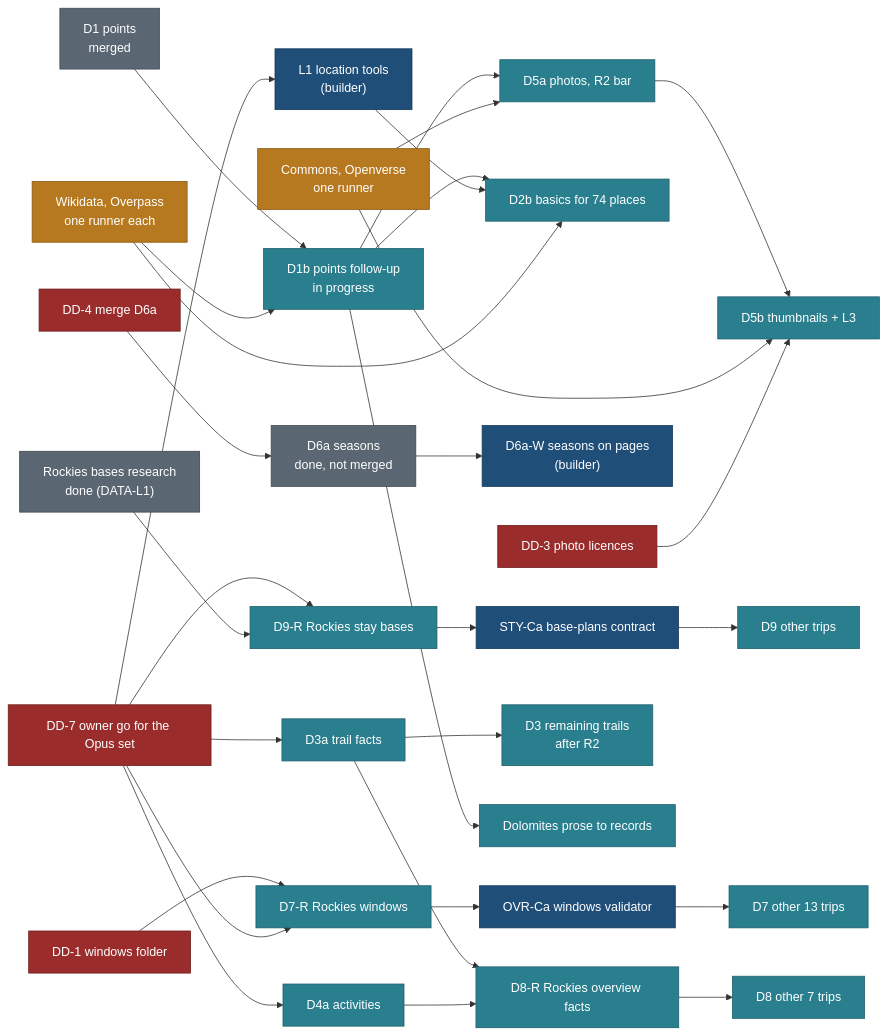
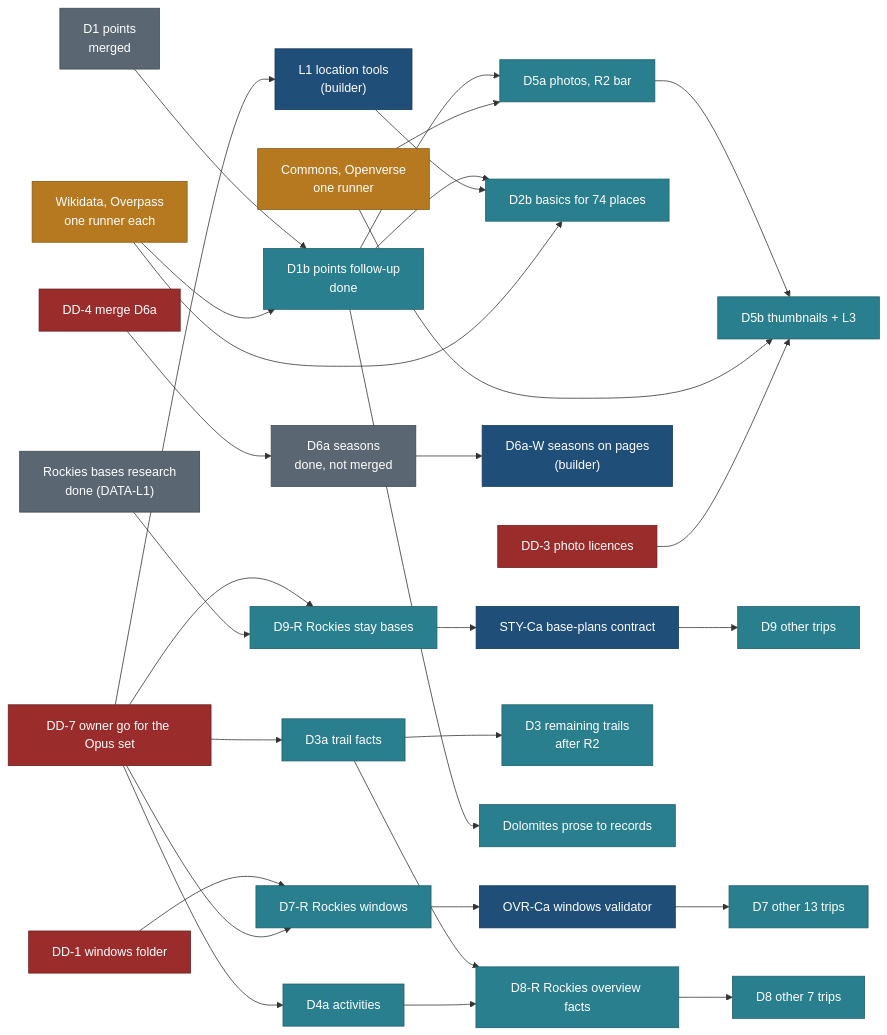
One commit to nitin27may/travel changed the diagram in docs/v2/build/public-site/DATA-ROADMAP.md. Above: the diagram before and after it, drawn with Mermaid. The commit also changed other lines of this file and 2 other files, not shown here.

Commit message:
docs(DATA-D1b): integration note, backlog 3.47e and 15.111 and the roadmap row
Records the two pins that followed the data, the Fanes re-cut and the gate result.

````diff
--- a/docs/v2/build/public-site/DATA-ROADMAP.md
+++ b/docs/v2/build/public-site/DATA-ROADMAP.md
@@ -88,61 +88,61 @@
 ```mermaid
 flowchart LR
   classDef done fill:#5A6772,stroke:#3E4850,color:#FFFFFF
   classDef batch fill:#2A7F8F,stroke:#1E5F6B,color:#FFFFFF
   classDef code fill:#1F4E79,stroke:#163A5A,color:#FFFFFF
   classDef ext fill:#B7791F,stroke:#8A5A12,color:#FFFFFF
   classDef block fill:#9B2C2C,stroke:#6E1F1F,color:#FFFFFF
 
   D1["D1 points<br/>merged"]:::done
   BANFF["Rockies bases research<br/>done (DATA-L1)"]:::done
   D6A["D6a seasons<br/>done, not merged"]:::done
-  D1B["D1b points follow-up<br/>in progress"]:::batch
+  D1B["D1b points follow-up<br/>done"]:::batch
   D3A["D3a trail facts"]:::batch
   D4A["D4a activities"]:::batch
   D7R["D7-R Rockies windows"]:::batch
   D8R["D8-R Rockies overview facts"]:::batch
   D9R["D9-R Rockies stay bases"]:::batch
   L1["L1 location tools<br/>(builder)"]:::code
   D2B["D2b basics for 74 places"]:::batch
   D5A["D5a photos, R2 bar"]:::batch
   D5B["D5b thumbnails + L3"]:::batch
   D6AW["D6a-W seasons on pages<br/>(builder)"]:::code
   OVRC["OVR-Ca windows validator"]:::code
   STYC["STY-Ca base-plans contract"]:::code
   D7["D7 other 13 trips"]:::batch
   D8["D8 other 7 trips"]:::batch
   D9["D9 other trips"]:::batch
   D3["D3 remaining trails<br/>after R2"]:::batch
   DP["Dolomites prose to records"]:::batch
   COM["Commons, Openverse<br/>one runner"]:::ext
   WD["Wikidata, Overpass<br/>one runner each"]:::ext
   DD1["DD-1 windows folder"]:::block
   DD3["DD-3 photo licences"]:::block
   DD4["DD-4 merge D6a"]:::block
   DD7["DD-7 owner go for the Opus set"]:::block
 
   D1 --> D1B
   D1B --> D5A --> D5B
   D1B --> D2B
   L1 --> D2B
   D1B --> DP
   WD --> D1B
   WD --> D2B
   COM --> D5A
   COM --> D5B
   DD3 --> D5B
   DD4 --> D6A --> D6AW
   DD1 --> D7R
   DD7 --> D3A
   DD7 --> D4A
   DD7 --> D7R
   DD7 --> D9R
   DD7 --> L1
   BANFF --> D9R
   D3A --> D8R
   D4A --> D8R
   D8R --> D8
   D7R --> OVRC --> D7
   D9R --> STYC --> D9
   D3A --> D3
 ```
````
